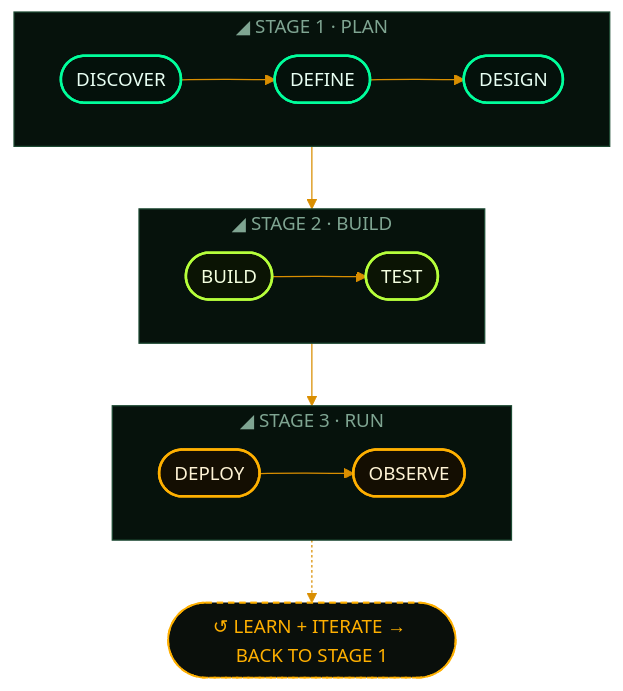
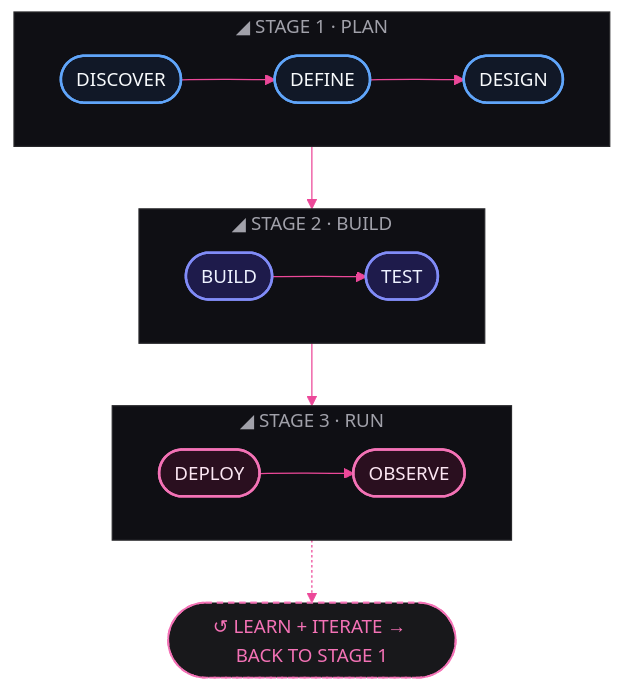
Before and after one commit to kawincodes/kawincodes: the second of 3 diagrams in README.md, drawn with Mermaid. The commit also changed other lines of this file and 15 other files, not shown here.

````diff
--- a/README.md
+++ b/README.md
@@ -331,22 +335,22 @@
 ```mermaid
-%%{init: {'theme':'base', 'themeVariables': {'fontSize':'15px', 'lineColor':'#D98E00', 'clusterBkg':'#06120C', 'clusterBorder':'#1D4A33', 'titleColor':'#7FA592'}}}%%
+%%{init: {'theme':'base', 'themeVariables': {'fontSize':'15px', 'lineColor':'#EC4899', 'clusterBkg':'#0F0F14', 'clusterBorder':'#27272A', 'titleColor':'#A1A1AA'}}}%%
 flowchart TB
     subgraph PLAN ["◢ STAGE 1 · PLAN"]
         direction LR
         D(["DISCOVER"]):::g --> F(["DEFINE"]):::g --> S(["DESIGN"]):::g
     end
     subgraph MAKE ["◢ STAGE 2 · BUILD"]
         direction LR
         B(["BUILD"]):::l --> T(["TEST"]):::l
     end
     subgraph RUN ["◢ STAGE 3 · RUN"]
         direction LR
         R(["DEPLOY"]):::a --> O(["OBSERVE"]):::a
     end
     PLAN --> MAKE --> RUN
     RUN -.-> L(["↺ LEARN + ITERATE → BACK TO STAGE 1"]):::loop
-    classDef g fill:#04110B,stroke:#00FF9C,stroke-width:2px,color:#E8FFF3
-    classDef l fill:#0B1404,stroke:#B6FF3B,stroke-width:2px,color:#F4FFE0
-    classDef a fill:#140E02,stroke:#FFB000,stroke-width:2px,color:#FFF4D6
-    classDef loop fill:#0A0F0B,stroke:#FFB000,stroke-width:1.5px,stroke-dasharray:5 4,color:#FFB000
+    classDef g fill:#111827,stroke:#60A5FA,stroke-width:2px,color:#F8FAFC
+    classDef l fill:#1E1B4B,stroke:#818CF8,stroke-width:2px,color:#EEF2FF
+    classDef a fill:#2A0F1F,stroke:#F472B6,stroke-width:2px,color:#FCE7F3
+    classDef loop fill:#18181B,stroke:#F472B6,stroke-width:1.5px,stroke-dasharray:5 4,color:#F472B6
 ```
````
